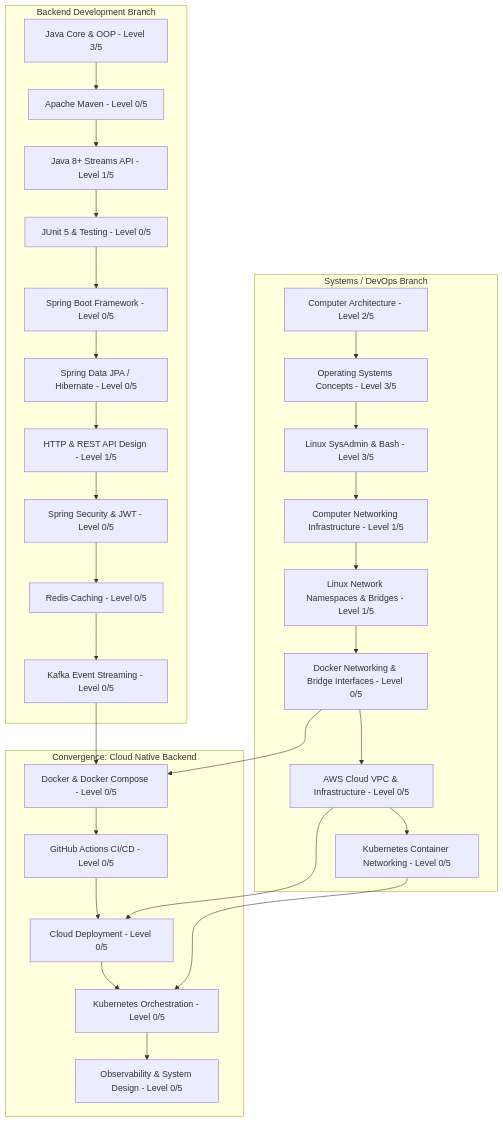
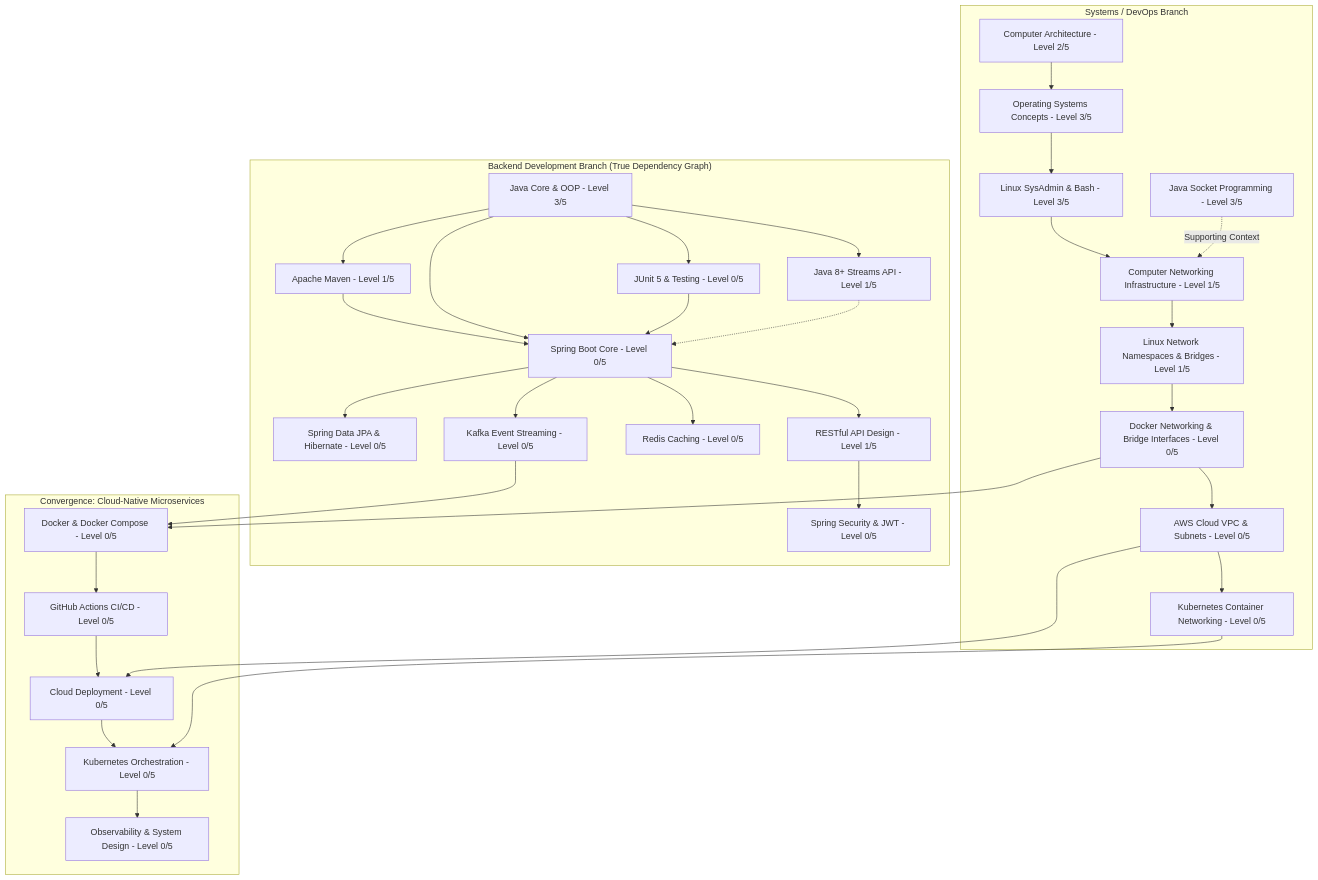
The diagram in 00-dashboard/learning-roadmap.md (darkegame101/myKnownlage), drawn with Mermaid before and after one commit. The commit also changed other lines of this file and 4 other files, not shown here.

````diff
--- a/00-dashboard/learning-roadmap.md
+++ b/00-dashboard/learning-roadmap.md
@@ -9,35 +9,43 @@
 ```mermaid
 graph TD
-    subgraph BACKEND_BRANCH["Backend Development Branch"]
-        JCORE[Java Core & OOP - Level 3/5] --> MAVEN[Apache Maven - Level 0/5]
-        MAVEN --> STREAMS[Java 8+ Streams API - Level 1/5]
-        STREAMS --> JUNIT[JUnit 5 & Testing - Level 0/5]
-        JUNIT --> SBOOT[Spring Boot Framework - Level 0/5]
-        SBOOT --> JPA[Spring Data JPA / Hibernate - Level 0/5]
-        JPA --> REST[HTTP & REST API Design - Level 1/5]
+    subgraph BACKEND_BRANCH["Backend Development Branch (True Dependency Graph)"]
+        JCORE[Java Core & OOP - Level 3/5] --> MAVEN[Apache Maven - Level 1/5]
+        JCORE --> STREAMS[Java 8+ Streams API - Level 1/5]
+        JCORE --> JUNIT[JUnit 5 & Testing - Level 0/5]
+        
+        MAVEN --> SBOOT_CORE[Spring Boot Core - Level 0/5]
+        JCORE --> SBOOT_CORE
+        JUNIT --> SBOOT_CORE
+        STREAMS -.-> SBOOT_CORE
+
+        SBOOT_CORE --> JPA[Spring Data JPA & Hibernate - Level 0/5]
+        SBOOT_CORE --> REST[RESTful API Design - Level 1/5]
         REST --> SSEC[Spring Security & JWT - Level 0/5]
-        SSEC --> REDIS[Redis Caching - Level 0/5]
-        REDIS --> KAFKA[Kafka Event Streaming - Level 0/5]
+        SBOOT_CORE --> REDIS[Redis Caching - Level 0/5]
+        SBOOT_CORE --> KAFKA[Kafka Event Streaming - Level 0/5]
     end
 
     subgraph SYSTEMS_BRANCH["Systems / DevOps Branch"]
         CARCH[Computer Architecture - Level 2/5] --> OSCORE[Operating Systems Concepts - Level 3/5]
         OSCORE --> LINUXADMIN[Linux SysAdmin & Bash - Level 3/5]
         LINUXADMIN --> NETCORE[Computer Networking Infrastructure - Level 1/5]
         NETCORE --> LNET[Linux Network Namespaces & Bridges - Level 1/5]
+        
+        JAVANET[Java Socket Programming - Level 3/5] -. Supporting Context .-> NETCORE
+        
         LNET --> DNET[Docker Networking & Bridge Interfaces - Level 0/5]
-        DNET --> AWSVPC[AWS Cloud VPC & Infrastructure - Level 0/5]
+        DNET --> AWSVPC[AWS Cloud VPC & Subnets - Level 0/5]
         AWSVPC --> K8SNET[Kubernetes Container Networking - Level 0/5]
     end
 
-    subgraph CONVERGENCE["Convergence: Cloud Native Backend"]
+    subgraph CONVERGENCE["Convergence: Cloud-Native Microservices"]
         KAFKA --> DOCKER_CONV[Docker & Docker Compose - Level 0/5]
         DNET --> DOCKER_CONV
         DOCKER_CONV --> CICD_CONV[GitHub Actions CI/CD - Level 0/5]
         CICD_CONV --> CLOUD_CONV[Cloud Deployment - Level 0/5]
         AWSVPC --> CLOUD_CONV
         CLOUD_CONV --> K8S_CONV[Kubernetes Orchestration - Level 0/5]
         K8SNET --> K8S_CONV
         K8S_CONV --> OBS_CONV[Observability & System Design - Level 0/5]
     end
 ```
````
